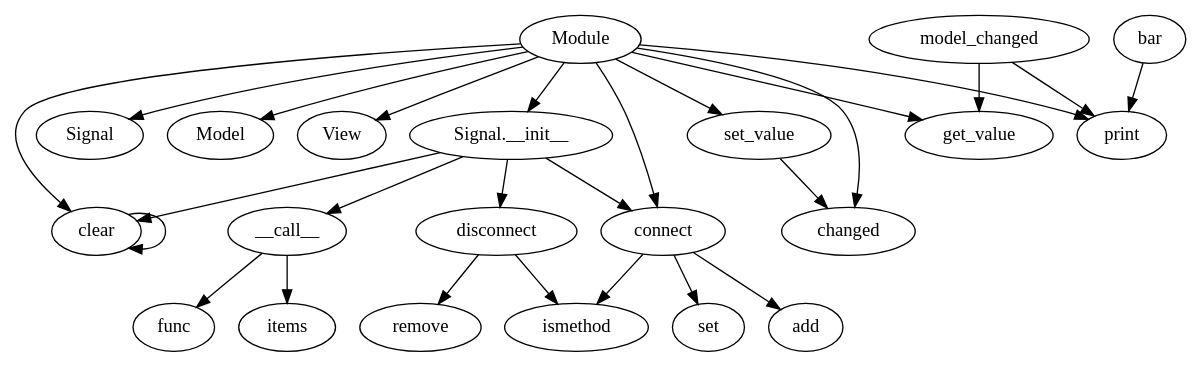
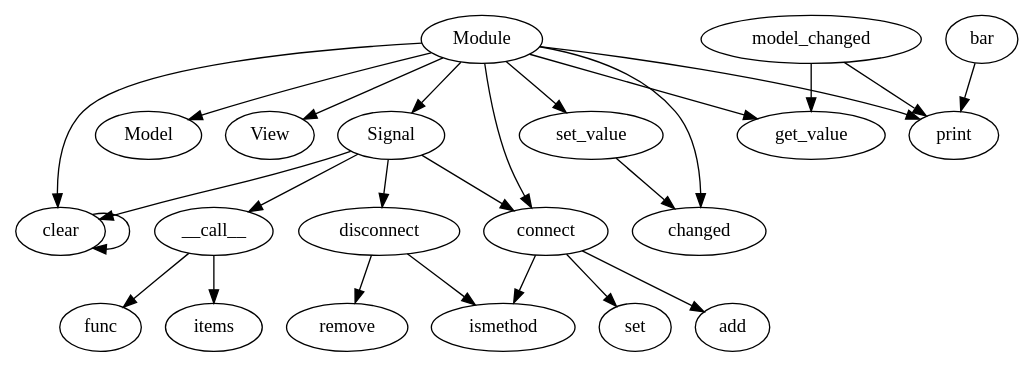
One commit to JordanCoyne97/Final_Year_Project changed the diagram in CallGraph_dots/SignalsSlotsImplementation.dot. Above: the diagram before and after it, drawn with Graphviz. The commit also changed 79 other files, not shown here.

```diff
--- a/CallGraph_dots/SignalsSlotsImplementation.dot
+++ b/CallGraph_dots/SignalsSlotsImplementation.dot
@@ -1,49 +1,47 @@
 digraph  {
 __call__;
 func;
 items;
 connect;
 ismethod;
 set;
 add;
 disconnect;
 remove;
 clear;
 set_value;
 changed;
 get_value;
 model_changed;
 print;
 bar;
 Module;
-"Signal.__init__";
 Signal;
 Model;
 View;
 __call__ -> func;
 __call__ -> items;
 connect -> ismethod;
 connect -> set;
 connect -> add;
 disconnect -> ismethod;
 disconnect -> remove;
 clear -> clear;
 set_value -> changed;
 model_changed -> print;
 model_changed -> get_value;
 bar -> print;
-Module -> "Signal.__init__";
 Module -> Signal;
 Module -> changed;
 Module -> connect;
 Module -> print;
 Module -> get_value;
 Module -> Model;
 Module -> View;
 Module -> set_value;
 Module -> clear;
-"Signal.__init__" -> __call__;
-"Signal.__init__" -> connect;
-"Signal.__init__" -> disconnect;
-"Signal.__init__" -> clear;
+Signal -> __call__;
+Signal -> connect;
+Signal -> disconnect;
+Signal -> clear;
 }
```
